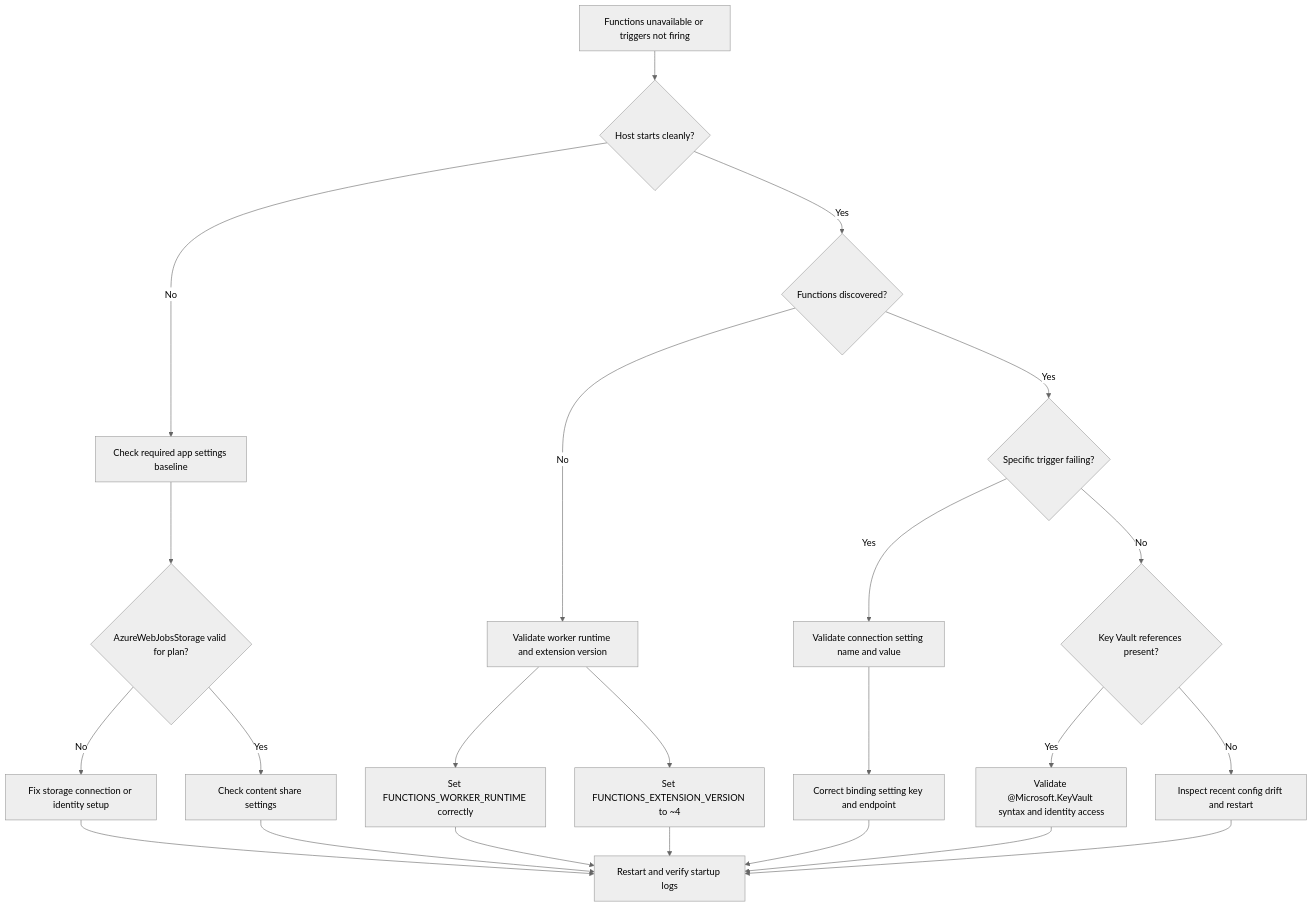
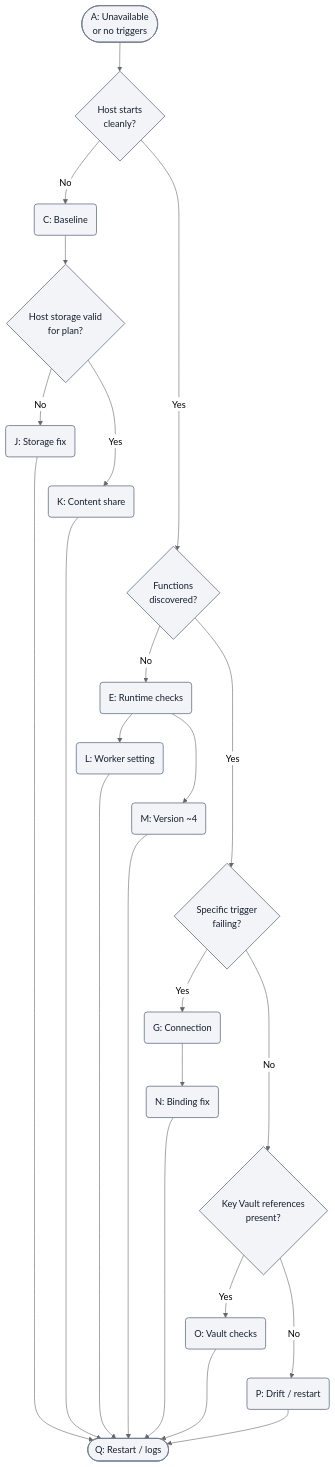
One commit to yeongseon/azure-functions-practical-guide changed the first of 4 diagrams in docs/troubleshooting/playbooks/auth-config/app-settings-misconfiguration.md. Above: the diagram before and after it, drawn with Mermaid (neutral theme). The commit also changed other lines of this file, not shown here.

First line of the commit message:
docs(diagrams): clarify app settings diagnostic figures

````diff
--- a/docs/troubleshooting/playbooks/auth-config/app-settings-misconfiguration.md
+++ b/docs/troubleshooting/playbooks/auth-config/app-settings-misconfiguration.md
@@ -84,25 +84,37 @@
 ```mermaid
+%%{init: {"flowchart":{"nodeSpacing":10}}}%%
 flowchart TD
-    A[Functions unavailable or triggers not firing] --> B{Host starts cleanly?}
-    B -->|No| C[Check required app settings baseline]
-    B -->|Yes| D{Functions discovered?}
-    D -->|No| E[Validate worker runtime and extension version]
-    D -->|Yes| F{Specific trigger failing?}
-    F -->|Yes| G[Validate connection setting name and value]
-    F -->|No| H{Key Vault references present?}
-    C --> I{AzureWebJobsStorage valid for plan?}
-    I -->|No| J[Fix storage connection or identity setup]
-    I -->|Yes| K[Check content share settings]
-    E --> L[Set FUNCTIONS_WORKER_RUNTIME correctly]
-    E --> M[Set FUNCTIONS_EXTENSION_VERSION to ~4]
-    G --> N[Correct binding setting key and endpoint]
-    H -->|Yes| O[Validate @Microsoft.KeyVault syntax and identity access]
-    H -->|No| P[Inspect recent config drift and restart]
-    J --> Q[Restart and verify startup logs]
+    accTitle: App settings diagnostic decisions
+    accDescr: Illustrative checks for startup, discovery, trigger connections and Key Vault references; branches select checks, not confirmed causes. Use the evidence and disproof sections before mitigation.
+    A(["A: Unavailable<br/>or no triggers"]) --> B{"Host starts<br/>cleanly?"}
+    B -->|No| C("C: Baseline")
+    B -->|Yes| D{"Functions<br/>discovered?"}
+    D -->|No| E("E: Runtime checks")
+    D -->|Yes| F{"Specific trigger<br/>failing?"}
+    F -->|Yes| G("G: Connection")
+    F -->|No| H{"Key Vault references<br/>present?"}
+    C --> I{"Host storage valid<br/>for plan?"}
+    I -->|No| J("J: Storage fix")
+    I -->|Yes| K("K: Content share")
+    E --> L("L: Worker setting")
+    E --> M("M: Version ~4")
+    G --> N("N: Binding fix")
+    H -->|Yes| O("O: Vault checks")
+    H -->|No| P("P: Drift / restart")
+    J --> Q(["Q: Restart / logs"])
     K --> Q
     L --> Q
     M --> Q
     N --> Q
     O --> Q
     P --> Q
+    %% Layout-only links serialize checks; they add no diagnostic steps or arrows.
+    J ~~~ K
+    K ~~~ D
+    L ~~~ M
+    M ~~~ F
+    N ~~~ H
+    O ~~~ P
+    classDef neutral fill:#f2f4f8,stroke:#707e93,stroke-width:1.5px,color:#14202e;
+    class A,B,C,D,E,F,G,H,I,J,K,L,M,N,O,P,Q neutral;
 ```
````
